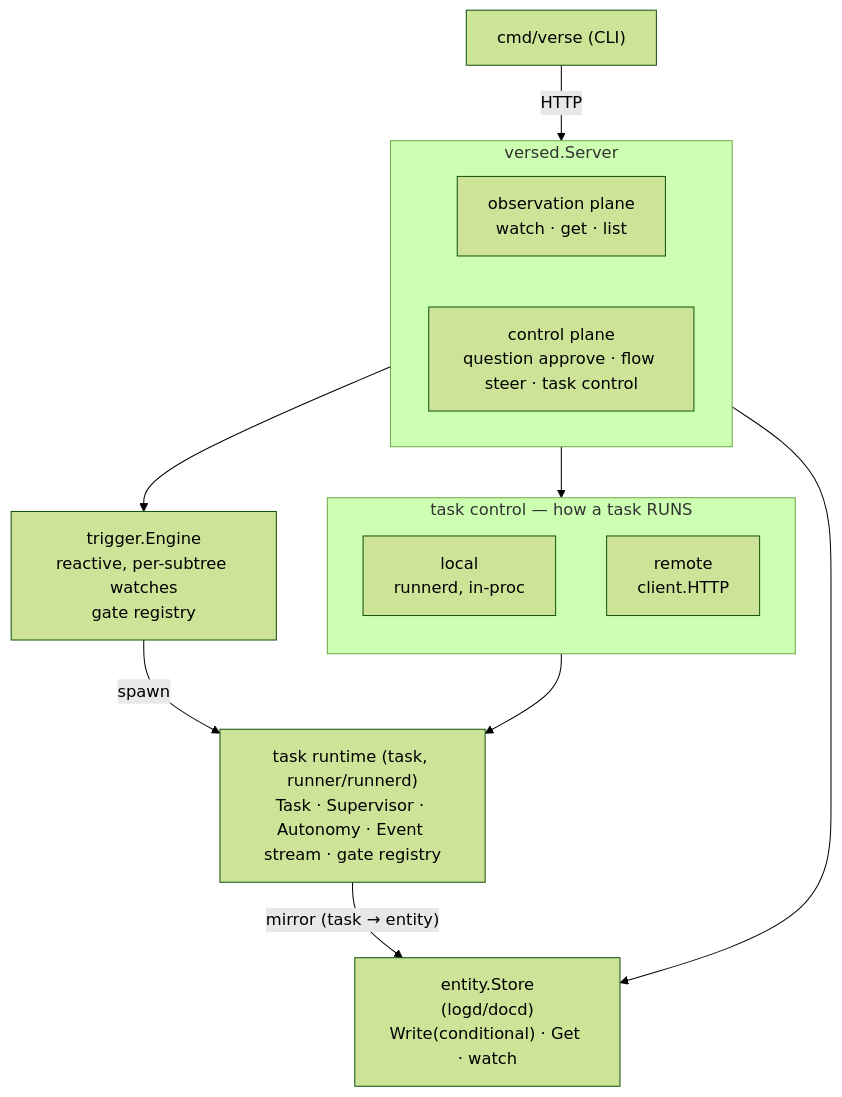
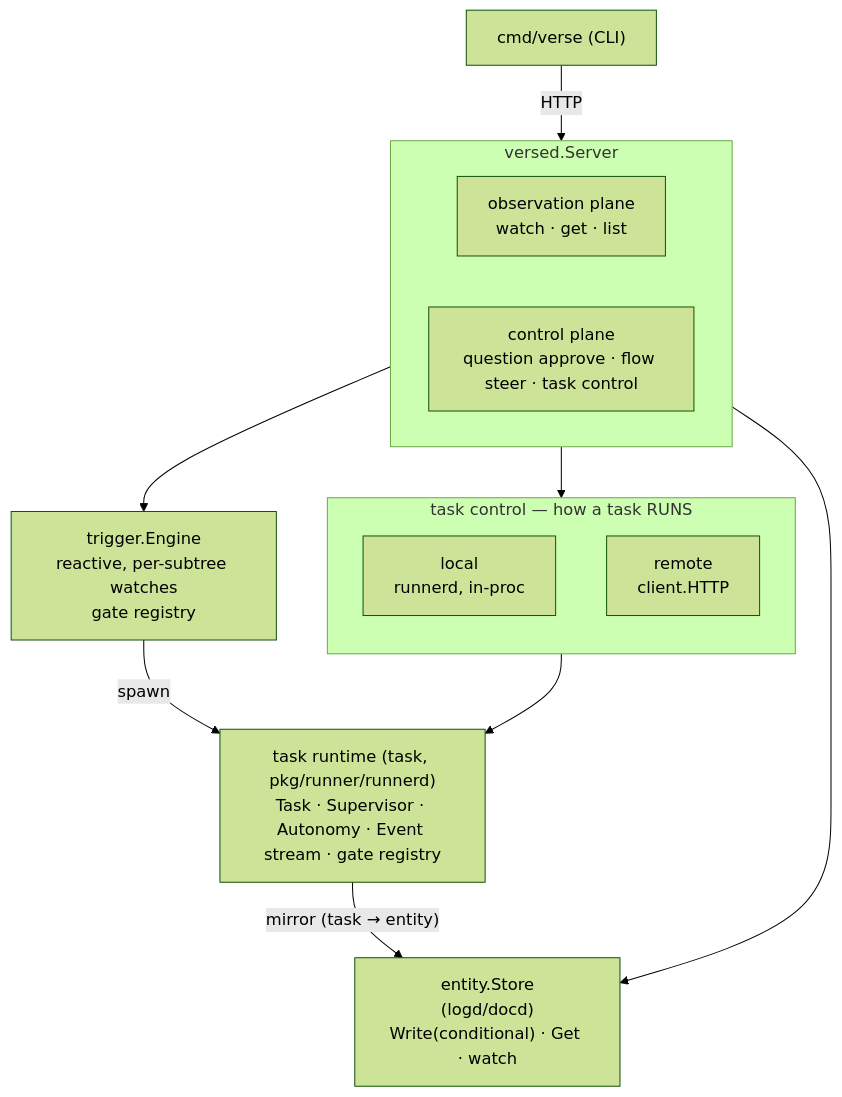
Before and after one commit to signadot/viff: the diagram in docs/platform/architecture.md, drawn with Mermaid (forest theme). The commit also changed other lines of this file and 1617 other files, not shown here.

````diff
--- a/docs/platform/architecture.md
+++ b/docs/platform/architecture.md
@@ -10,29 +10,29 @@
 ```mermaid
 flowchart TB
   cli["cmd/verse (CLI)"]
 
   subgraph versed["versed.Server"]
     direction LR
     obs["observation plane<br/>watch · get · list"]
     ctl["control plane<br/>question approve · flow steer · task control"]
   end
 
   store["entity.Store<br/>(logd/docd)<br/>Write(conditional) · Get · watch"]
   trig["trigger.Engine<br/>reactive, per-subtree watches<br/>gate registry"]
 
   subgraph run["task control — how a task RUNS"]
     direction TB
     local["local<br/>runnerd, in-proc"]
     remote["remote<br/>client.HTTP"]
   end
 
-  rt["task runtime (task, runner/runnerd)<br/>Task · Supervisor · Autonomy · Event stream · gate registry"]
+  rt["task runtime (task, pkg/runner/runnerd)<br/>Task · Supervisor · Autonomy · Event stream · gate registry"]
 
   cli -->|"HTTP"| versed
   obs --> store
   ctl --> trig
   ctl --> run
   trig -->|"spawn"| rt
   run --> rt
   rt -->|"mirror (task → entity)"| store
 ```
````
